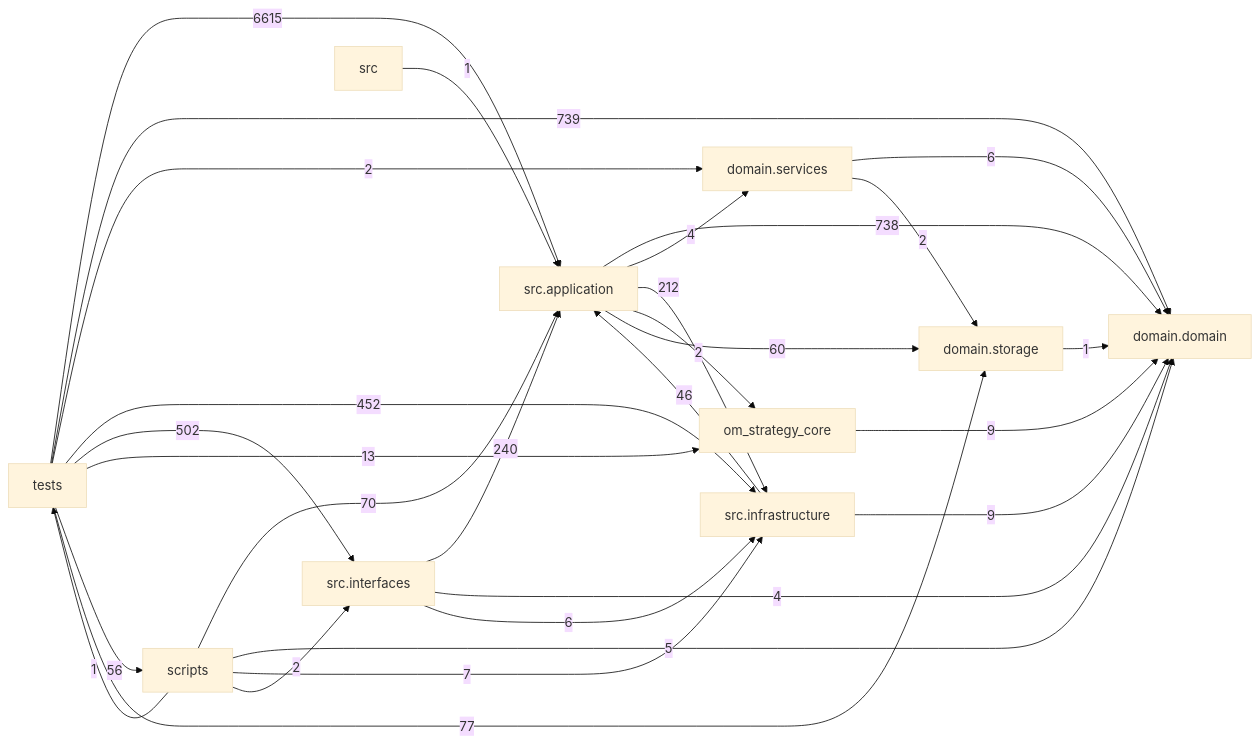
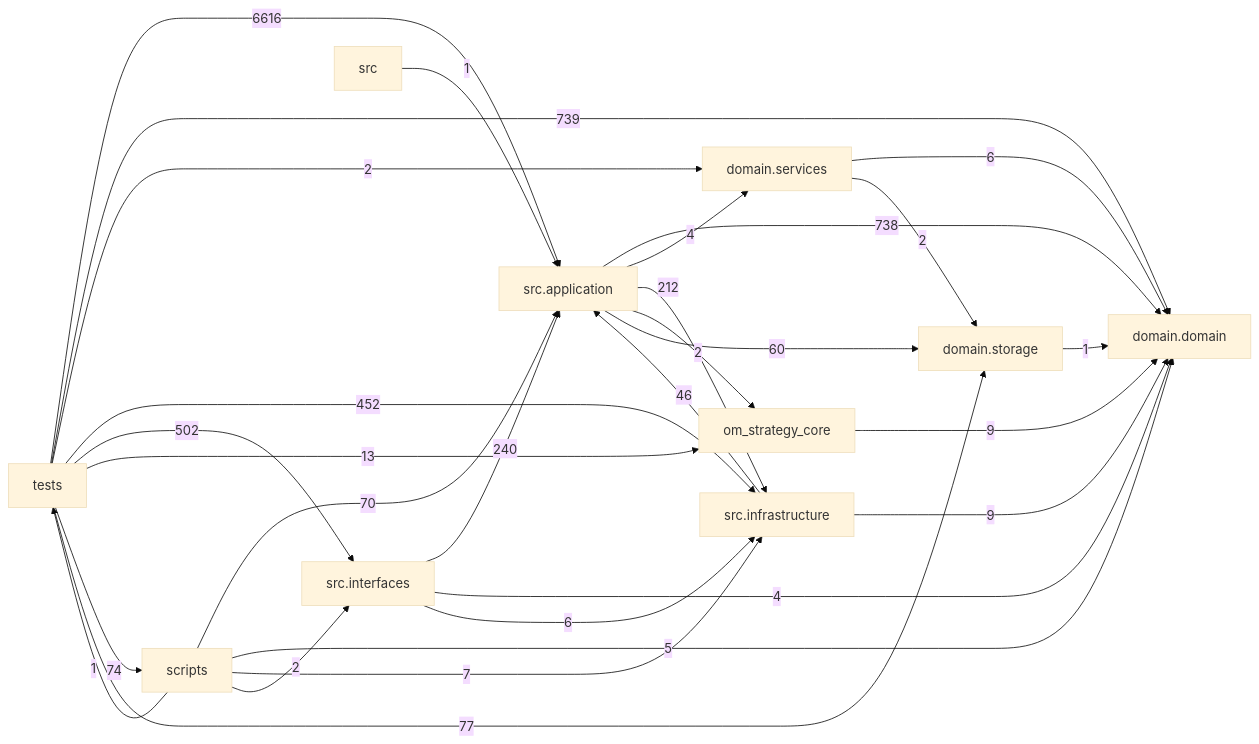
The diagram in docs/DEPENDENCY_GRAPH.md (liuxie066/options-monitor), drawn with Mermaid (base theme) before and after one commit. The commit also changed other lines of this file and 13 other files, not shown here.

````diff
--- a/docs/DEPENDENCY_GRAPH.md
+++ b/docs/DEPENDENCY_GRAPH.md
@@ -24,39 +24,39 @@
 ```mermaid
 flowchart LR
   tests["tests"]
   scripts["scripts"]
   interfaces["src.interfaces"]
   application["src.application"]
   infrastructure["src.infrastructure"]
   domain_services["domain.services"]
   domain["domain.domain"]
   storage["domain.storage"]
   application -->|738| domain
   application -->|4| domain_services
   application -->|212| infrastructure
   application -->|2| om_strategy_core
   application -->|60| storage
   domain_services -->|6| domain
   domain_services -->|2| storage
   infrastructure -->|46| application
   infrastructure -->|9| domain
   interfaces -->|240| application
   interfaces -->|4| domain
   interfaces -->|6| infrastructure
   om_strategy_core -->|9| domain
   scripts -->|70| application
   scripts -->|5| domain
   scripts -->|7| infrastructure
   scripts -->|2| interfaces
   scripts -->|1| tests
   src -->|1| application
   storage -->|1| domain
-  tests -->|6615| application
+  tests -->|6616| application
   tests -->|739| domain
   tests -->|2| domain_services
   tests -->|452| infrastructure
   tests -->|502| interfaces
   tests -->|13| om_strategy_core
-  tests -->|56| scripts
+  tests -->|74| scripts
   tests -->|77| storage
 ```
````
